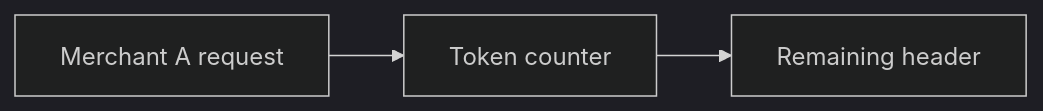
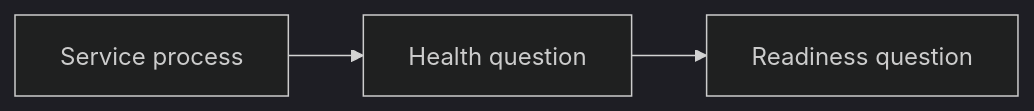
Before and after one commit to Prem-Tomar/payment-api: the third of 4 diagrams in docs/curriculum/assignments/runtime-guards.md, drawn with Mermaid (dark theme). The commit also changed other lines of this file and 18 other files, not shown here.

Commit message:
docs: sequence assignments and simplify learner-facing interview practice

````diff
--- a/docs/curriculum/assignments/runtime-guards.md
+++ b/docs/curriculum/assignments/runtime-guards.md
@@ -80,8 +93,8 @@
 ```mermaid
 flowchart LR
-  N0["Merchant A request"]
-  N1["Token counter"]
-  N2["Remaining header"]
+  N0["Service process"]
+  N1["Health question"]
+  N2["Readiness question"]
   N0 --> N1
   N1 --> N2
 ```
````
